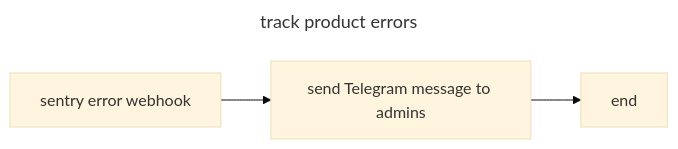
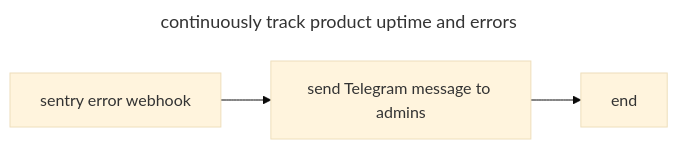
The fifth of 5 diagrams in docs/processes.md (khaldoun-xyz/standard), drawn with Mermaid (base theme) before and after one commit. The commit also changed other lines of this file, not shown here.

Commit message:
update uptime & error tracking

```diff
--- a/docs/processes.md
+++ b/docs/processes.md
@@ -136,8 +139,8 @@
 ~~~mermaid
 ---
-title: track product errors
+title: continuously track product uptime and errors
 ---
 flowchart LR
   A[sentry error webhook] --> B[send Telegram message to admins]
   B --> C[end]
 ~~~
```
